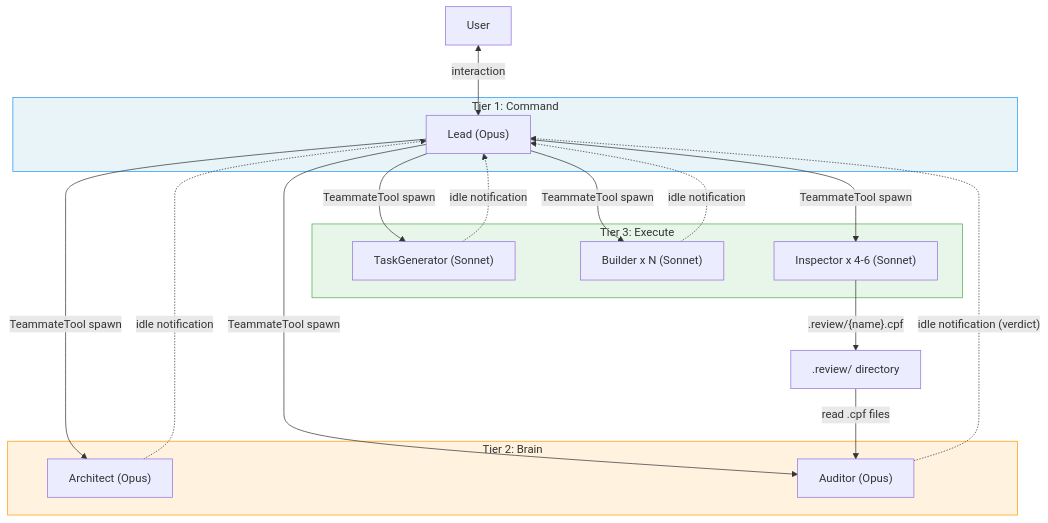
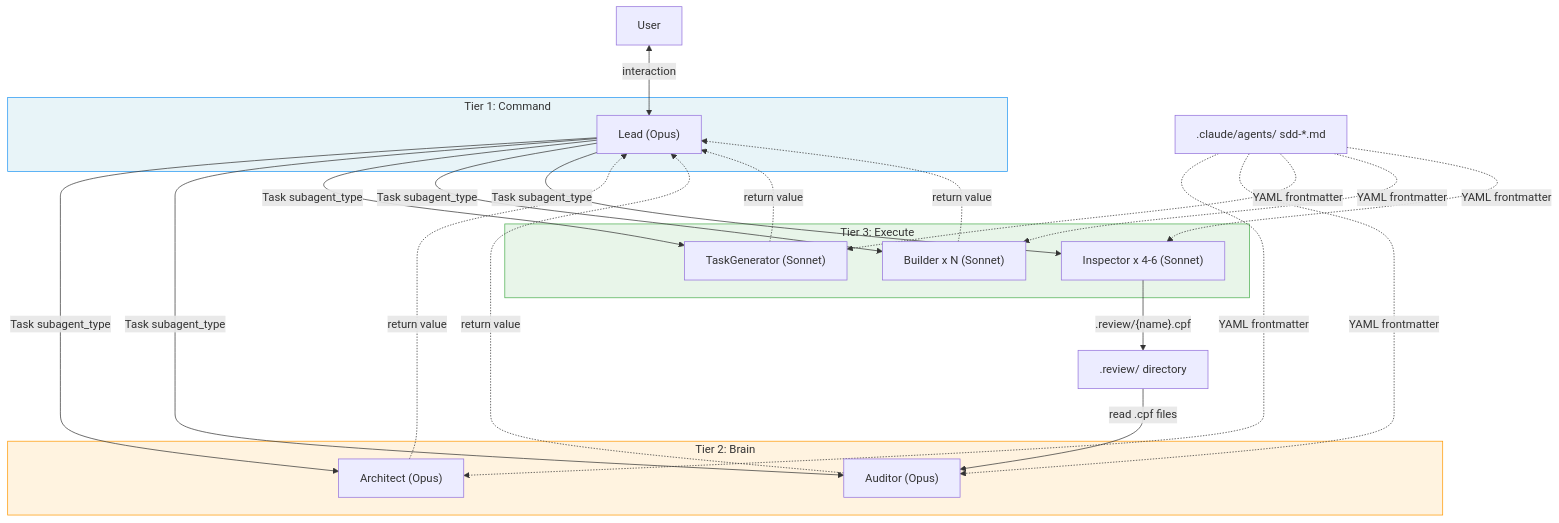
One commit to sync-dev-org/sync-sdd changed the first of 4 diagrams in .claude/sdd/project/specs/core-architecture/design.md. Above: the diagram before and after it, drawn with Mermaid. The commit also changed other lines of this file and 45 other files, not shown here.

First line of the commit message:
Migrate from Agent Teams to SubAgent architecture

````diff
--- a/.claude/sdd/project/specs/core-architecture/design.md
+++ b/.claude/sdd/project/specs/core-architecture/design.md
@@ -184,38 +202,44 @@
 ```mermaid
 graph TB
     User["User"]
 
     subgraph T1["Tier 1: Command"]
         Lead["Lead (Opus)"]
     end
 
     subgraph T2["Tier 2: Brain"]
         Architect["Architect (Opus)"]
         Auditor["Auditor (Opus)"]
     end
 
     subgraph T3["Tier 3: Execute"]
         TaskGen["TaskGenerator (Sonnet)"]
         Builder1["Builder x N (Sonnet)"]
         Inspector1["Inspector x 4-6 (Sonnet)"]
     end
 
     ReviewDir[".review/ directory"]
+    AgentDir[".claude/agents/ sdd-*.md"]
 
     User <-->|"interaction"| Lead
-    Lead -->|"TeammateTool spawn"| Architect
-    Lead -->|"TeammateTool spawn"| Auditor
-    Lead -->|"TeammateTool spawn"| TaskGen
-    Lead -->|"TeammateTool spawn"| Builder1
-    Lead -->|"TeammateTool spawn"| Inspector1
-    Architect -.->|"idle notification"| Lead
-    Auditor -.->|"idle notification (verdict)"| Lead
-    TaskGen -.->|"idle notification"| Lead
-    Builder1 -.->|"idle notification"| Lead
+    Lead -->|"Task subagent_type"| Architect
+    Lead -->|"Task subagent_type"| Auditor
+    Lead -->|"Task subagent_type"| TaskGen
+    Lead -->|"Task subagent_type"| Builder1
+    Lead -->|"Task subagent_type"| Inspector1
+    Architect -.->|"return value"| Lead
+    Auditor -.->|"return value"| Lead
+    TaskGen -.->|"return value"| Lead
+    Builder1 -.->|"return value"| Lead
     Inspector1 -->|".review/{name}.cpf"| ReviewDir
     ReviewDir -->|"read .cpf files"| Auditor
+    AgentDir -.->|"YAML frontmatter"| Architect
+    AgentDir -.->|"YAML frontmatter"| Auditor
+    AgentDir -.->|"YAML frontmatter"| TaskGen
+    AgentDir -.->|"YAML frontmatter"| Builder1
+    AgentDir -.->|"YAML frontmatter"| Inspector1
 
     style T1 fill:#e8f4f8,stroke:#2196F3
     style T2 fill:#fff3e0,stroke:#FF9800
     style T3 fill:#e8f5e9,stroke:#4CAF50
 ```
````
